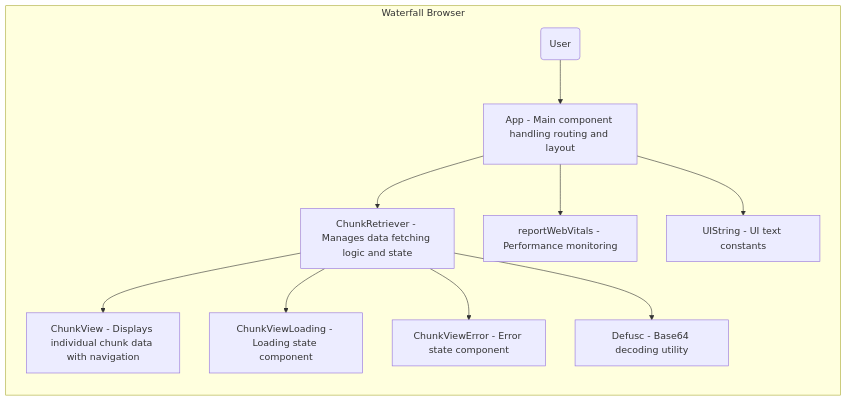
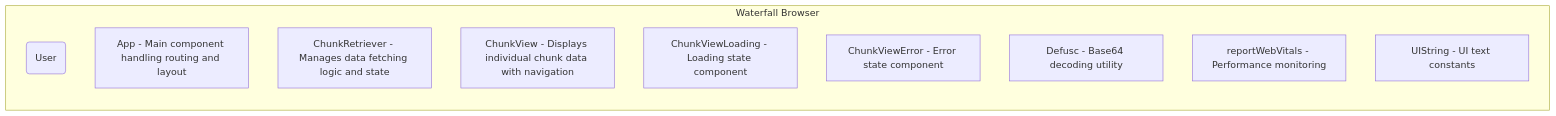
The diagram in WaterfallBrowser/C4Context.Salon.md (BraidTechnologies/Studio), drawn with Mermaid before and after one commit. The commit also changed 11 other files, not shown here.

````diff
--- a/WaterfallBrowser/C4Context.Salon.md
+++ b/WaterfallBrowser/C4Context.Salon.md
@@ -1,24 +1,15 @@
 ```mermaid
 graph TB
     subgraph Waterfall Browser
         direction TB
         User(User)
         App["App - Main component handling routing and layout"]
         ChunkRetriever["ChunkRetriever - Manages data fetching logic and state"]
         ChunkView["ChunkView - Displays individual chunk data with navigation"]
         ChunkViewLoading["ChunkViewLoading - Loading state component"]
         ChunkViewError["ChunkViewError - Error state component"]
         Defusc["Defusc - Base64 decoding utility"]
         reportWebVitals["reportWebVitals - Performance monitoring"]
         UIString["UIString - UI text constants"]
-
-        User --> App
-        App --> ChunkRetriever
-        ChunkRetriever --> ChunkView
-        ChunkRetriever --> ChunkViewLoading
-        ChunkRetriever --> ChunkViewError
-        ChunkRetriever --> Defusc
-        App --> reportWebVitals
-        App --> UIString
     end
 ```
````
